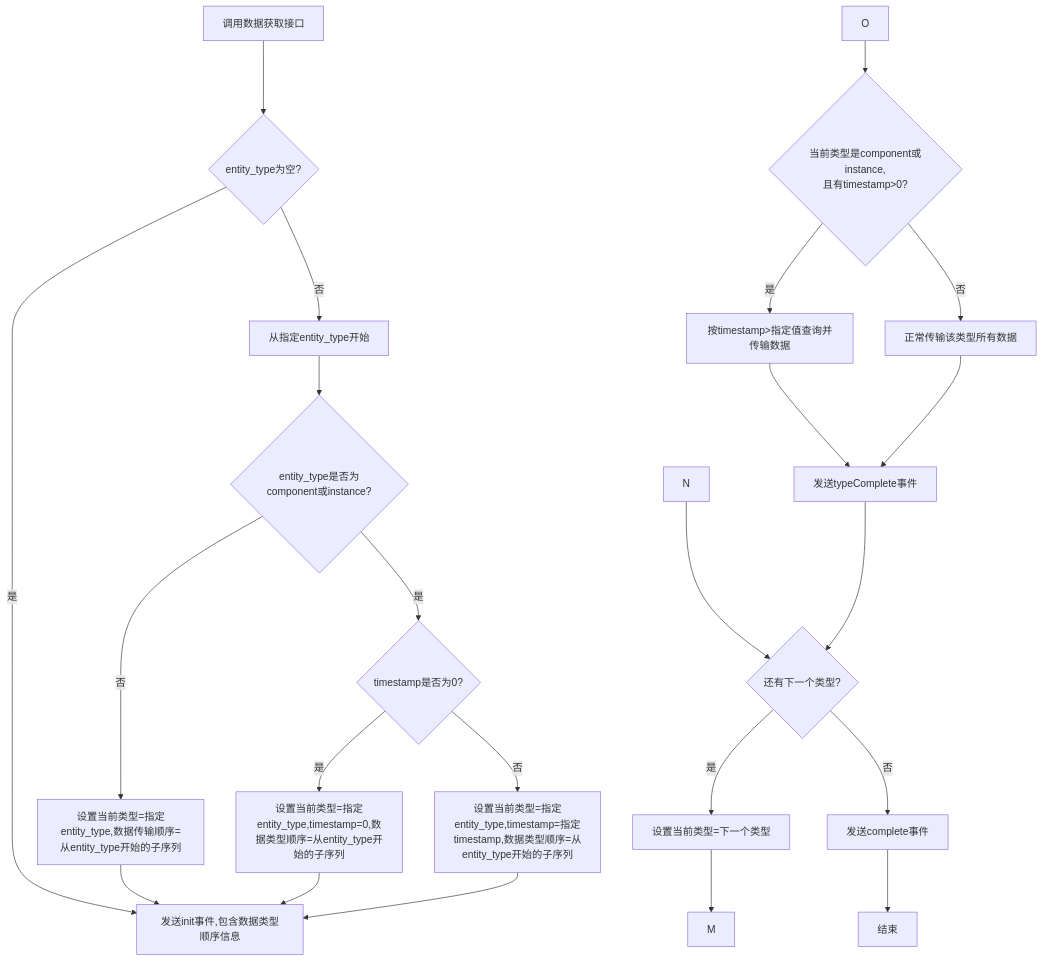
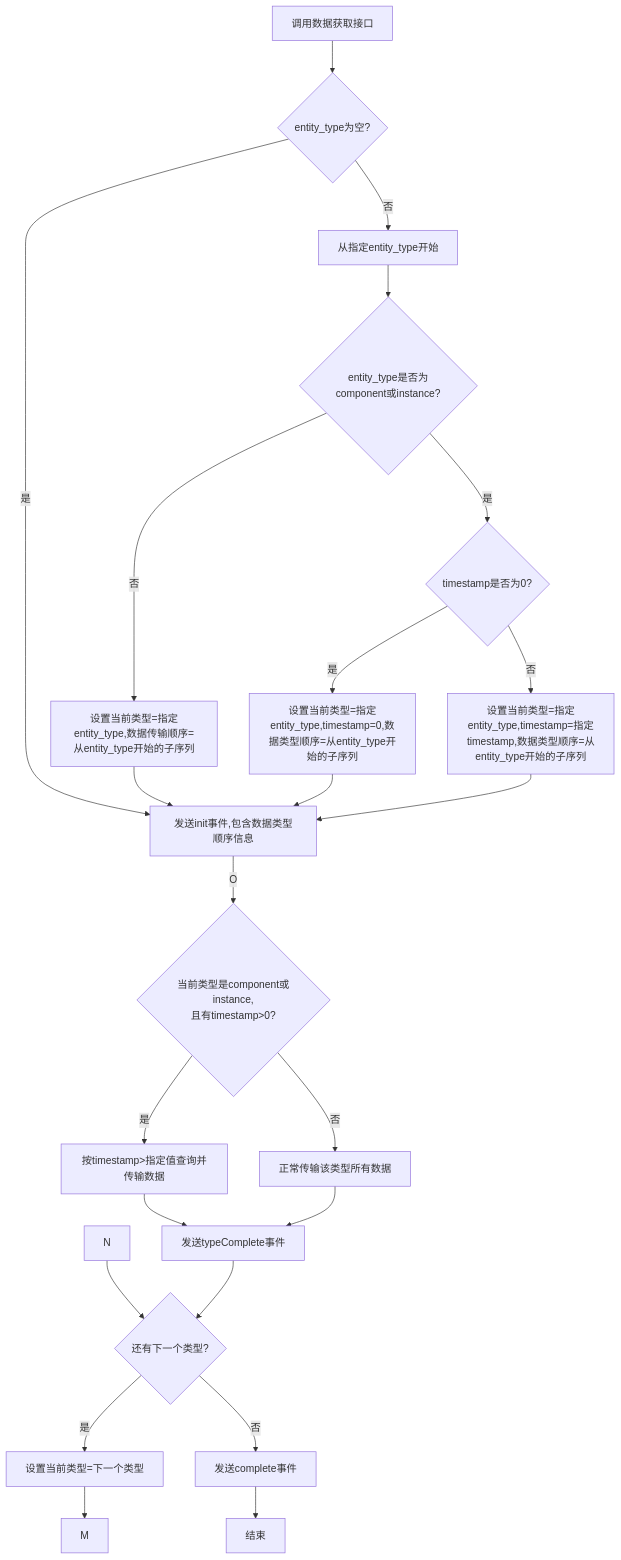
One commit to yingjianzh/iodraw-files changed the diagram in all/未命名-59.md. Above: the diagram before and after it, drawn with Mermaid.

Commit message:
2025-05-14 15:42:10 update

````diff
--- a/all/未命名-59.md
+++ b/all/未命名-59.md
@@ -1,36 +1,36 @@
 ```mermaid
 flowchart TD
     A[调用数据获取接口] --> B{entity_type为空?}
 
     B -->|是| K[发送init事件,包含数据类型顺序信息]
     B -->|否| D[从指定entity_type开始]
     
     D --> F{entity_type是否为component或instance?}
     
     F -->|否| G[设置当前类型=指定entity_type,数据传输顺序=从entity_type开始的子序列]
     F -->|是| H{timestamp是否为0?}
     
     H -->|是| I[设置当前类型=指定entity_type,timestamp=0,数据类型顺序=从entity_type开始的子序列]
     H -->|否| J[设置当前类型=指定entity_type,timestamp=指定timestamp,数据类型顺序=从entity_type开始的子序列]
     
     G --> K
     I --> K
     J --> K
     
    
-    
+    K --
     O --> P{当前类型是component或instance,\n且有timestamp>0?}
     P -->|是| Q[按timestamp>指定值查询并传输数据]
     P -->|否| R[正常传输该类型所有数据]
     
     Q --> S[发送typeComplete事件]
     R --> S
     N --> T{还有下一个类型?}
     S --> T
     
     T -->|是| U[设置当前类型=下一个类型]
     T -->|否| V[发送complete事件]
     
     U --> M
     V --> W[结束]
 ```
````
